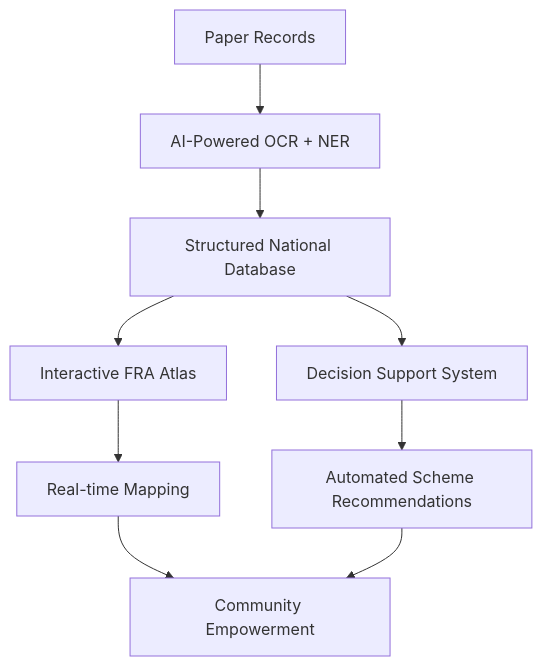
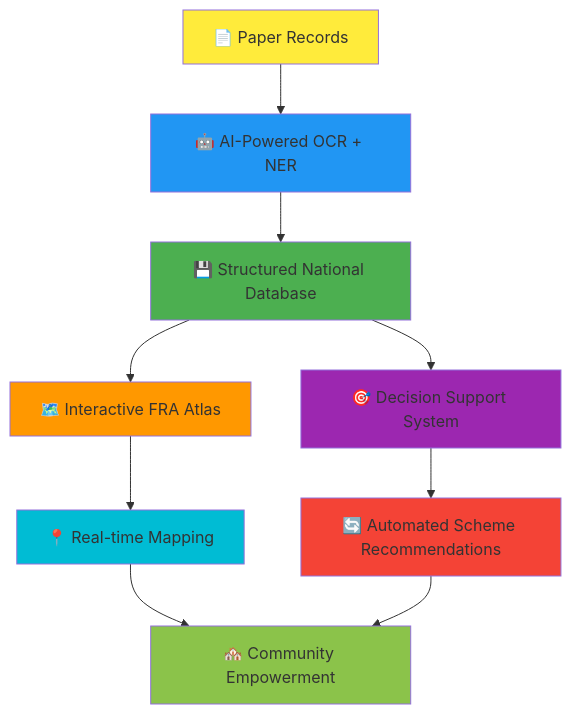
The diagram in README.md (Suman1108-beep/SIH_2025_Internal_Round_Submission_Template), drawn with Mermaid before and after one commit. The commit also changed other lines of this file, not shown here.

Commit message:
📝 Fix README formatting and GitHub URLs
✨ Improvements:
- Fixed all GitHub URLs to use correct username (Suman1108-beep)
- Enhanced mermaid diagram with colors and emojis
- Cleaned up corrupted content at end of file
- Updated project stats badges with correct repository
- Fixed navigation links to point to actual repository
- Improved overall markdown formatting for better GitHub display

🔗 Repository: https://github.com/Suman1108-beep/fra-dss-platform

````diff
--- a/README.md
+++ b/README.md
@@ -35,11 +35,20 @@
 ```mermaid
 graph TD
-    A[Paper Records] --> B[AI-Powered OCR + NER]
-    B --> C[Structured National Database]
-    C --> D[Interactive FRA Atlas]
-    C --> E[Decision Support System]
-    D --> F[Real-time Mapping]
-    E --> G[Automated Scheme Recommendations]
-    F --> H[Community Empowerment]
+    A["📄 Paper Records"] --> B["🤖 AI-Powered OCR + NER"]
+    B --> C["💾 Structured National Database"]
+    C --> D["🗺️ Interactive FRA Atlas"]
+    C --> E["🎯 Decision Support System"]
+    D --> F["📍 Real-time Mapping"]
+    E --> G["🔄 Automated Scheme Recommendations"]
+    F --> H["🏘️ Community Empowerment"]
     G --> H
+    
+    style A fill:#ffeb3b
+    style B fill:#2196f3
+    style C fill:#4caf50
+    style D fill:#ff9800
+    style E fill:#9c27b0
+    style F fill:#00bcd4
+    style G fill:#f44336
+    style H fill:#8bc34a
 ```
````
